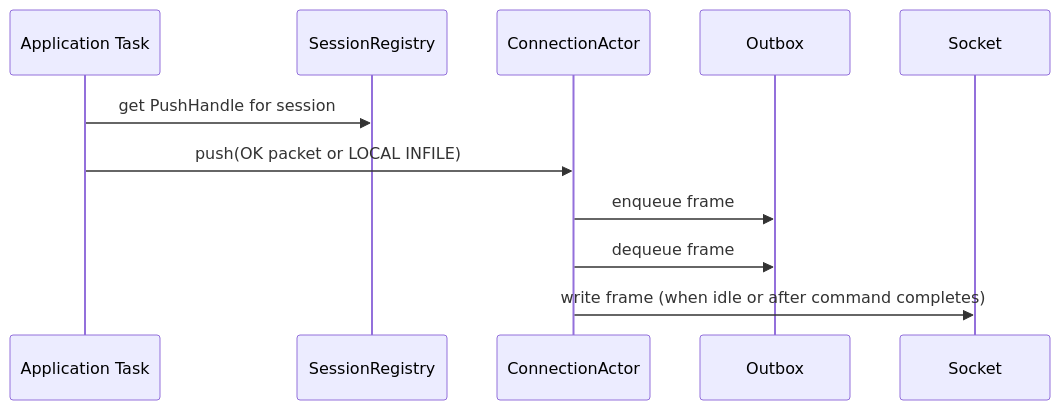
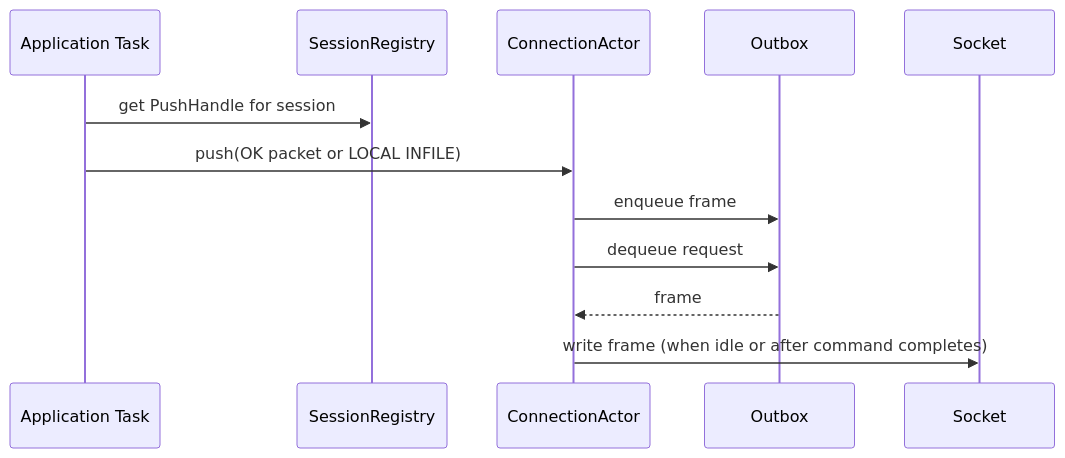
Before and after one commit to leynos/wireframe: the fifth of 7 diagrams in docs/asynchronous-outbound-messaging-design.md, drawn with Mermaid. The commit also changed other lines of this file, not shown here.

Commit message:
Clarify dequeue interaction

````diff
--- a/docs/asynchronous-outbound-messaging-design.md
+++ b/docs/asynchronous-outbound-messaging-design.md
@@ -422,13 +423,14 @@
 ```mermaid
 sequenceDiagram
     participant AppTask as Application Task
     participant SessionRegistry
     participant ConnectionActor
     participant Outbox
     participant Socket
     AppTask->>SessionRegistry: get PushHandle for session
     AppTask->>ConnectionActor: push(OK packet or LOCAL INFILE)
     ConnectionActor->>Outbox: enqueue frame
-    ConnectionActor->>Outbox: dequeue frame
+    ConnectionActor->>Outbox: dequeue request
+    Outbox-->>ConnectionActor: frame
     ConnectionActor->>Socket: write frame (when idle or after command completes)
 ```
````
